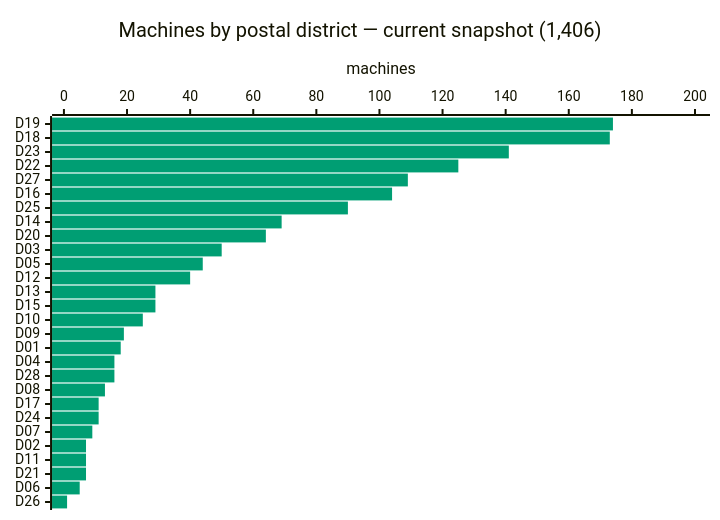
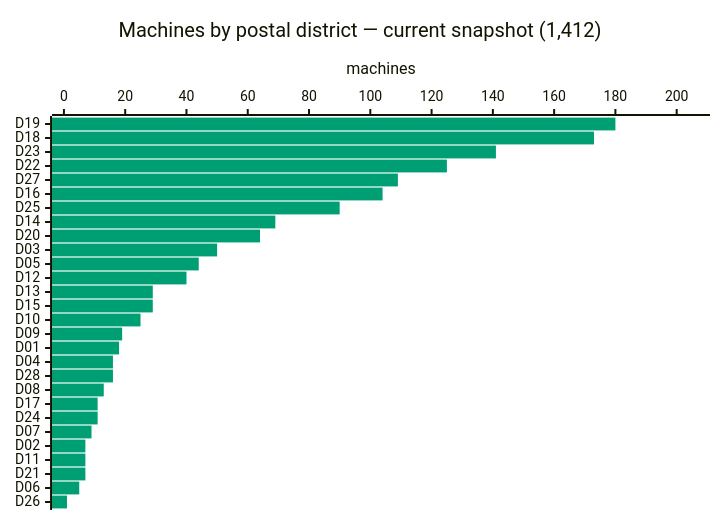
Before and after one commit to cheeaun/returnright-data: the third of 5 diagrams in ANALYSIS.md, drawn with Mermaid. The commit also changed other lines of this file and 4 other files, not shown here.

````diff
--- a/ANALYSIS.md
+++ b/ANALYSIS.md
@@ -88,16 +88,16 @@
 ```mermaid
 ---
 config:
   themeVariables:
     xyChart:
       plotColorPalette: "#009E73"
   xyChart:
     chartOrientation: "horizontal"
     plotReservedSpacePercent: 40
 ---
 xychart-beta
-    title "Machines by postal district — current snapshot (1,406)"
+    title "Machines by postal district — current snapshot (1,412)"
     x-axis ["D19", "D18", "D23", "D22", "D27", "D16", "D25", "D14", "D20", "D03", "D05", "D12", "D13", "D15", "D10", "D09", "D01", "D04", "D28", "D08", "D17", "D24", "D07", "D02", "D11", "D21", "D06", "D26"]
-    y-axis "machines" 0 --> 201
-    bar [174, 173, 141, 125, 109, 104, 90, 69, 64, 50, 44, 40, 29, 29, 25, 19, 18, 16, 16, 13, 11, 11, 9, 7, 7, 7, 5, 1]
+    y-axis "machines" 0 --> 207
+    bar [180, 173, 141, 125, 109, 104, 90, 69, 64, 50, 44, 40, 29, 29, 25, 19, 18, 16, 16, 13, 11, 11, 9, 7, 7, 7, 5, 1]
 ```
````
